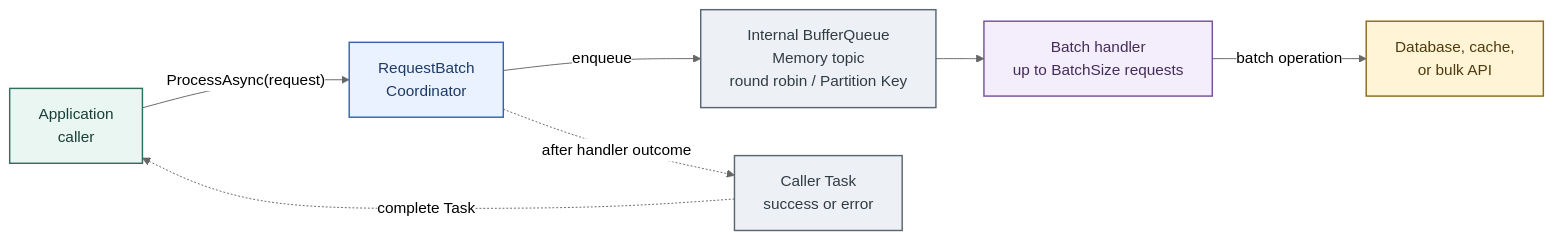
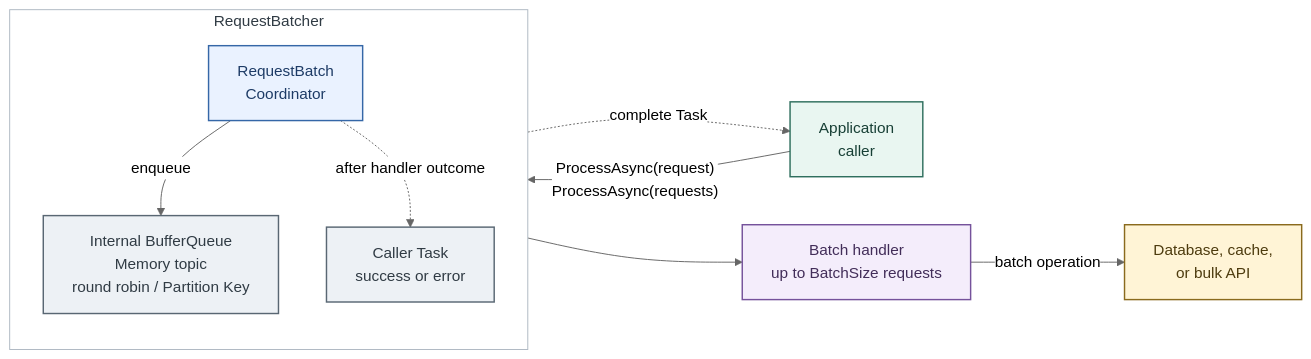
The diagram in docs/assets/request-batcher-architecture.mmd (eventhorizon-cli/RequestBatcher), drawn with Mermaid (neutral theme) before and after one commit. The commit also changed 44 other files, not shown here.

Commit message:
feat: prepare RequestBatcher 1.0.0

```diff
--- a/docs/assets/request-batcher-architecture.mmd
+++ b/docs/assets/request-batcher-architecture.mmd
@@ -1,26 +1,33 @@
 flowchart LR
     caller["Application<br/>caller"]
-    coordinator["RequestBatch<br/>Coordinator"]
-    queue["Internal BufferQueue<br/>Memory topic<br/>round robin / Partition Key"]
+
+    subgraph requestBatcher["RequestBatcher"]
+        direction TB
+        coordinator["RequestBatch<br/>Coordinator"]
+        queue["Internal BufferQueue<br/>Memory topic<br/>round robin / Partition Key"]
+        outcome["Caller Task<br/>success or error"]
+
+        coordinator -->|"enqueue"| queue
+        coordinator -.->|"after handler outcome"| outcome
+    end
+
     handler["Batch handler<br/>up to BatchSize requests"]
     downstream["Database, cache,<br/>or bulk API"]
-    outcome["Caller Task<br/>success or error"]
 
-    caller -->|"ProcessAsync(request)"| coordinator
-    coordinator -->|"enqueue"| queue
+    caller -->|"ProcessAsync(request)<br/>ProcessAsync(requests)"| coordinator
     queue --> handler
     handler -->|"batch operation"| downstream
-    coordinator -.->|"after handler outcome"| outcome
     outcome -.->|"complete Task"| caller
 
     class caller client
     class coordinator gateway
     class queue,outcome core
     class handler handler
     class downstream storage
 
     classDef client fill:#e9f6f1,stroke:#2f6f5e,color:#173f35,stroke-width:1.5px
     classDef gateway fill:#eaf2ff,stroke:#3567a7,color:#1d3b66,stroke-width:1.5px
     classDef core fill:#edf1f5,stroke:#596773,color:#303b44,stroke-width:1.5px
     classDef storage fill:#fff4d6,stroke:#8a6a1d,color:#4d3b0e,stroke-width:1.5px
     classDef handler fill:#f4edfb,stroke:#75529b,color:#422d59,stroke-width:1.5px
+    style requestBatcher fill:#ffffff,stroke:#aeb8c2,color:#303b44,stroke-width:1px
```
